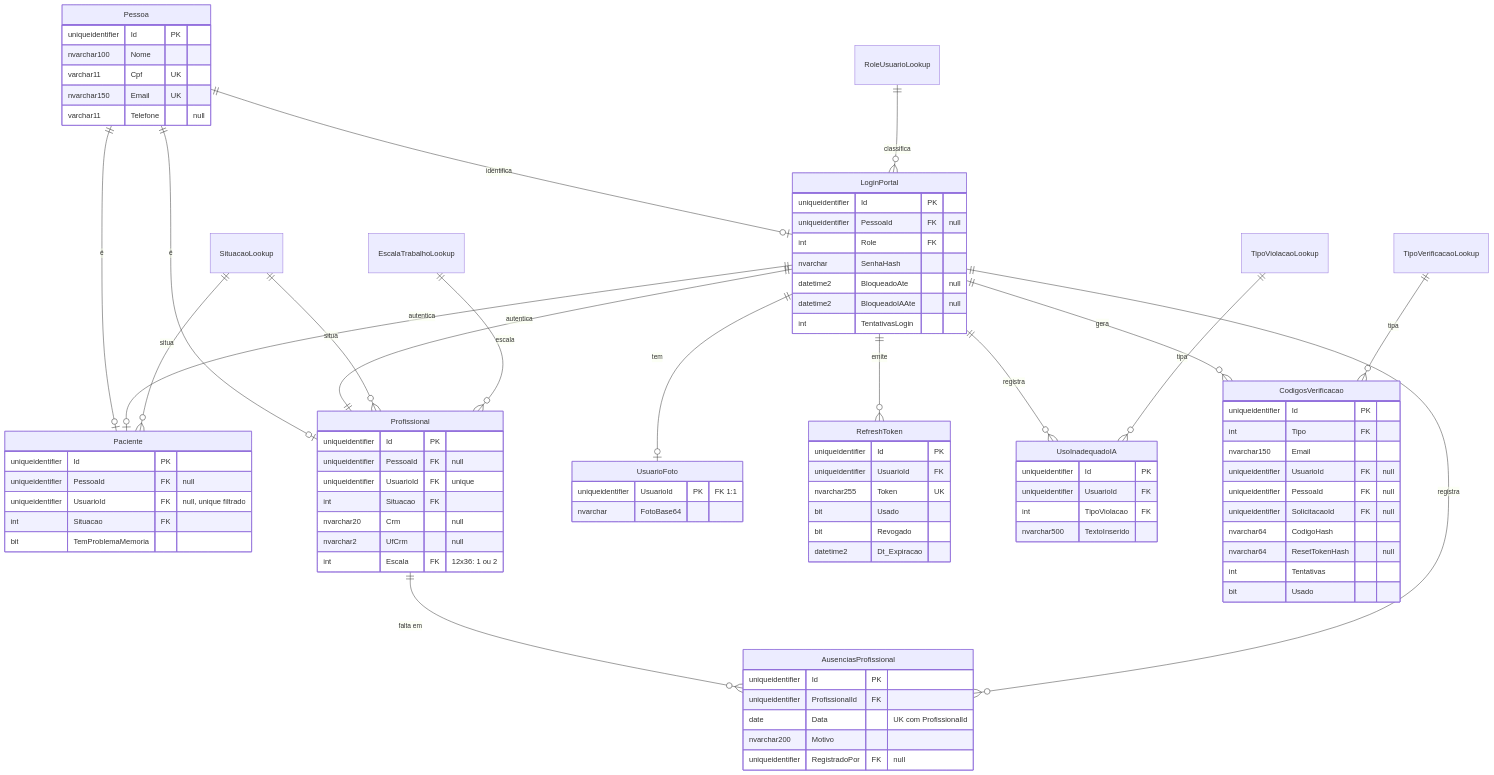
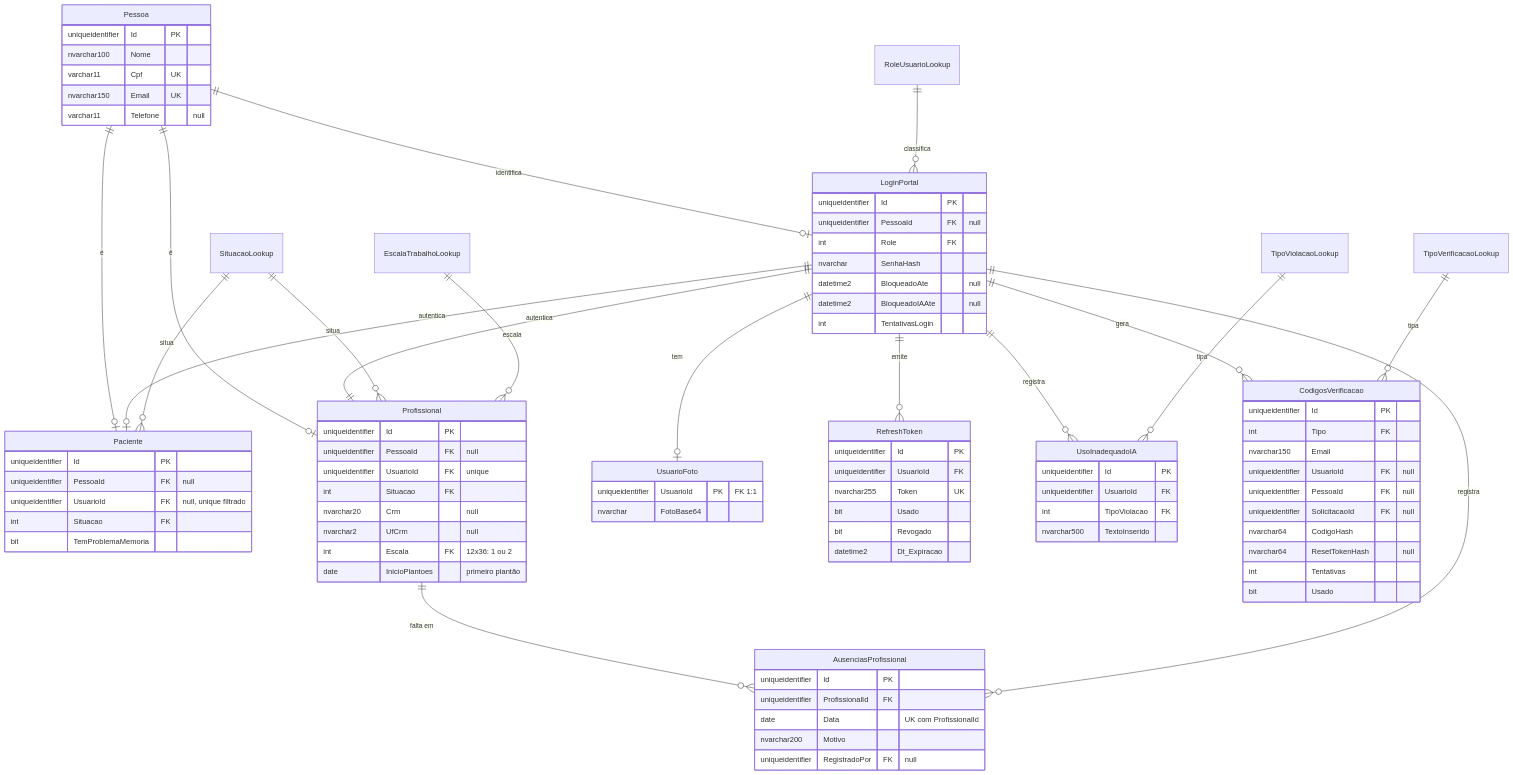
Before and after one commit to daniel-santoss/PIM_III_ClinicaMaisSaude: the first of 2 diagrams in docs/banco/MODELO_DADOS.md, drawn with Mermaid. The commit also changed other lines of this file and 2 other files, not shown here.

Commit message:
docs: primeiro plantao define a escala e ausencia em data passada (RF03, RN08 e modelo de dados)

```diff
--- a/docs/banco/MODELO_DADOS.md
+++ b/docs/banco/MODELO_DADOS.md
@@ -82,6 +82,7 @@
         nvarchar20 Crm "null"
         nvarchar2 UfCrm "null"
         int Escala FK "12x36: 1 ou 2"
+        date InicioPlantoes "primeiro plantão"
     }
     AusenciasProfissional {
         uniqueidentifier Id PK
```
